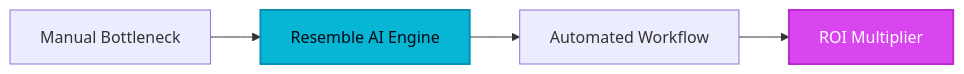
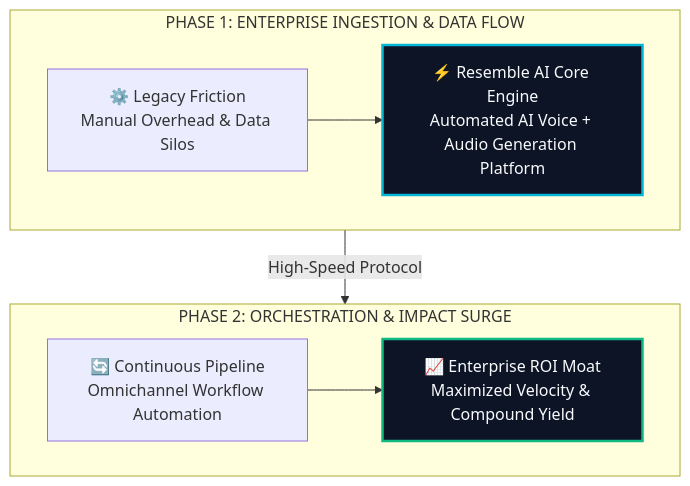
Before and after one commit to heliatech-media/saas-radar: the diagram in site/src/content/blog/resemble-ai-evolution-guide-2026.md, drawn with Mermaid. The commit also changed 97 other files, not shown here.

First line of the commit message:
feat(diagrams): upgrade all article architecture schemas to high-impact 2-tier responsive vector blueprints

````diff
--- a/site/src/content/blog/resemble-ai-evolution-guide-2026.md
+++ b/site/src/content/blog/resemble-ai-evolution-guide-2026.md
@@ -52,8 +52,14 @@
 ```mermaid
-flowchart LR
-    A[Manual Bottleneck] --> B[Resemble AI Engine]
-    B --> C[Automated Workflow]
-    C --> D[ROI Multiplier]
-    style B fill:#06b6d4,stroke:#0891b2,stroke-width:2px,color:#030712
-    style D fill:#d946ef,stroke:#c026d3,stroke-width:2px,color:#ffffff
+flowchart TD
+    subgraph S1["PHASE 1: ENTERPRISE INGESTION & DATA FLOW"]
+        direction LR
+        A["⚙️ Legacy Friction<br/>Manual Overhead & Data Silos"] --> B["⚡ Resemble AI Core Engine<br/>Automated AI Voice + Audio Generation Platform"]
+    end
+    subgraph S2["PHASE 2: ORCHESTRATION & IMPACT SURGE"]
+        direction LR
+        C["🔄 Continuous Pipeline<br/>Omnichannel Workflow Automation"] --> D["📈 Enterprise ROI Moat<br/>Maximized Velocity & Compound Yield"]
+    end
+    S1 -->|High-Speed Protocol| S2
+    style B fill:#0c1425,stroke:#06b6d4,stroke-width:2.5px,color:#f8fafc
+    style D fill:#0c1425,stroke:#10b981,stroke-width:2.5px,color:#f8fafc
 ```
````
